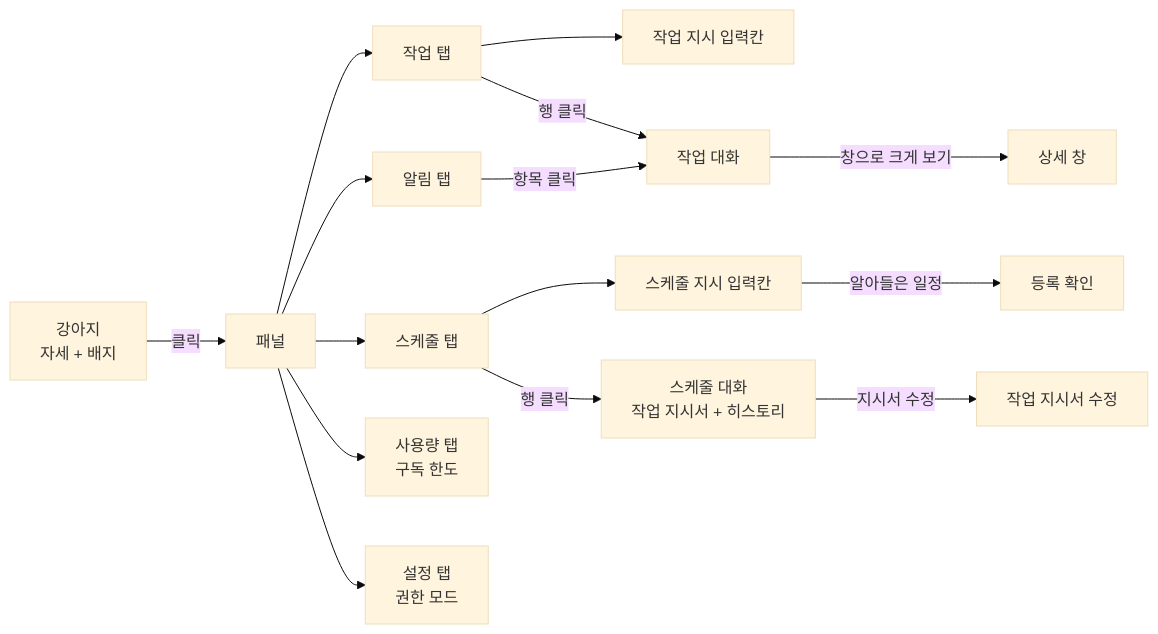
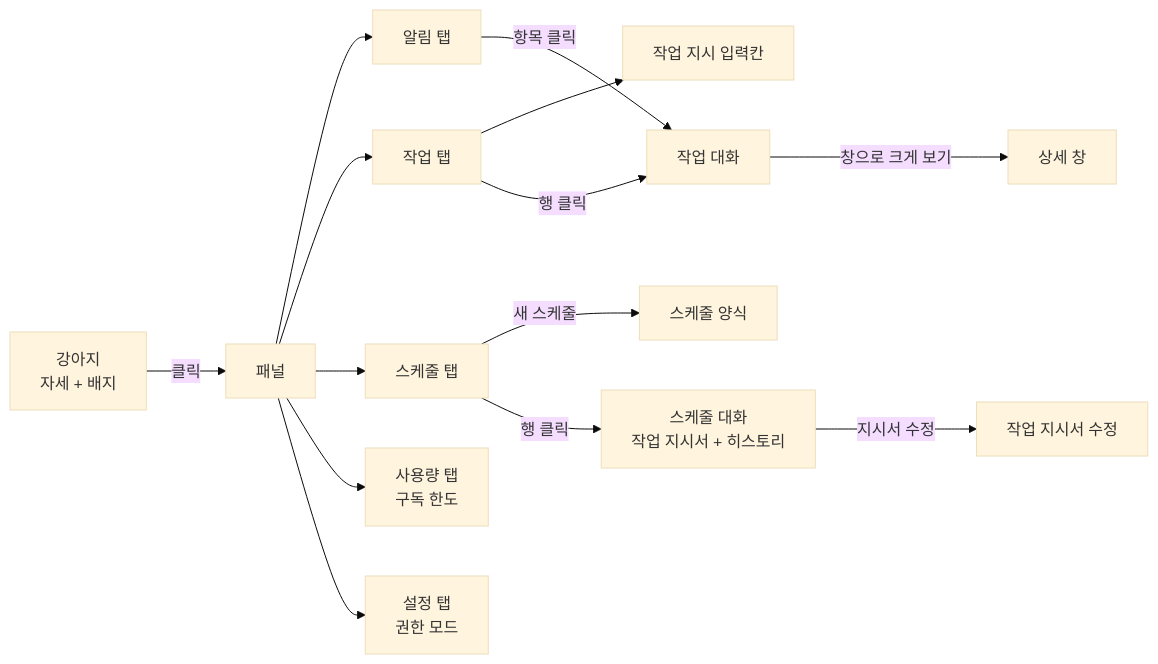
The diagram in docs/design/2026-10-21-output-ui/README.md (HEOSEONGILml/AssistantChatBot), drawn with Mermaid (base theme) before and after one commit. The commit also changed other lines of this file and 7 other files, not shown here.

````diff
--- a/docs/design/2026-10-21-output-ui/README.md
+++ b/docs/design/2026-10-21-output-ui/README.md
@@ -12,17 +12,16 @@
 ```mermaid
 flowchart LR
   Dog[강아지<br/>자세 + 배지] -->|클릭| Panel[패널]
   Panel --> Alerts[알림 탭]
   Panel --> Tasks[작업 탭]
   Panel --> Schedules[스케줄 탭]
   Panel --> Usage[사용량 탭<br/>구독 한도]
   Panel --> Settings[설정 탭<br/>권한 모드]
   Tasks --> TaskInput[작업 지시 입력칸]
-  Schedules --> SchedInput[스케줄 지시 입력칸]
-  SchedInput -->|알아들은 일정| Confirm[등록 확인]
+  Schedules -->|새 스케줄| SchedForm[스케줄 양식]
   Schedules -->|행 클릭| SchedDetail[스케줄 대화<br/>작업 지시서 + 히스토리]
   SchedDetail -->|지시서 수정| SchedEdit[작업 지시서 수정]
   Alerts -->|항목 클릭| Thread[작업 대화]
   Tasks -->|행 클릭| Thread
   Thread -->|창으로 크게 보기| Window[상세 창]
 ```
````
